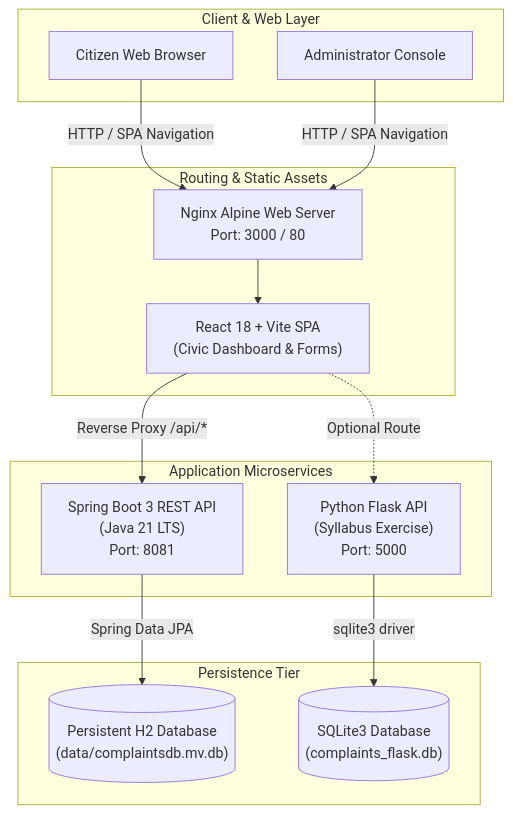
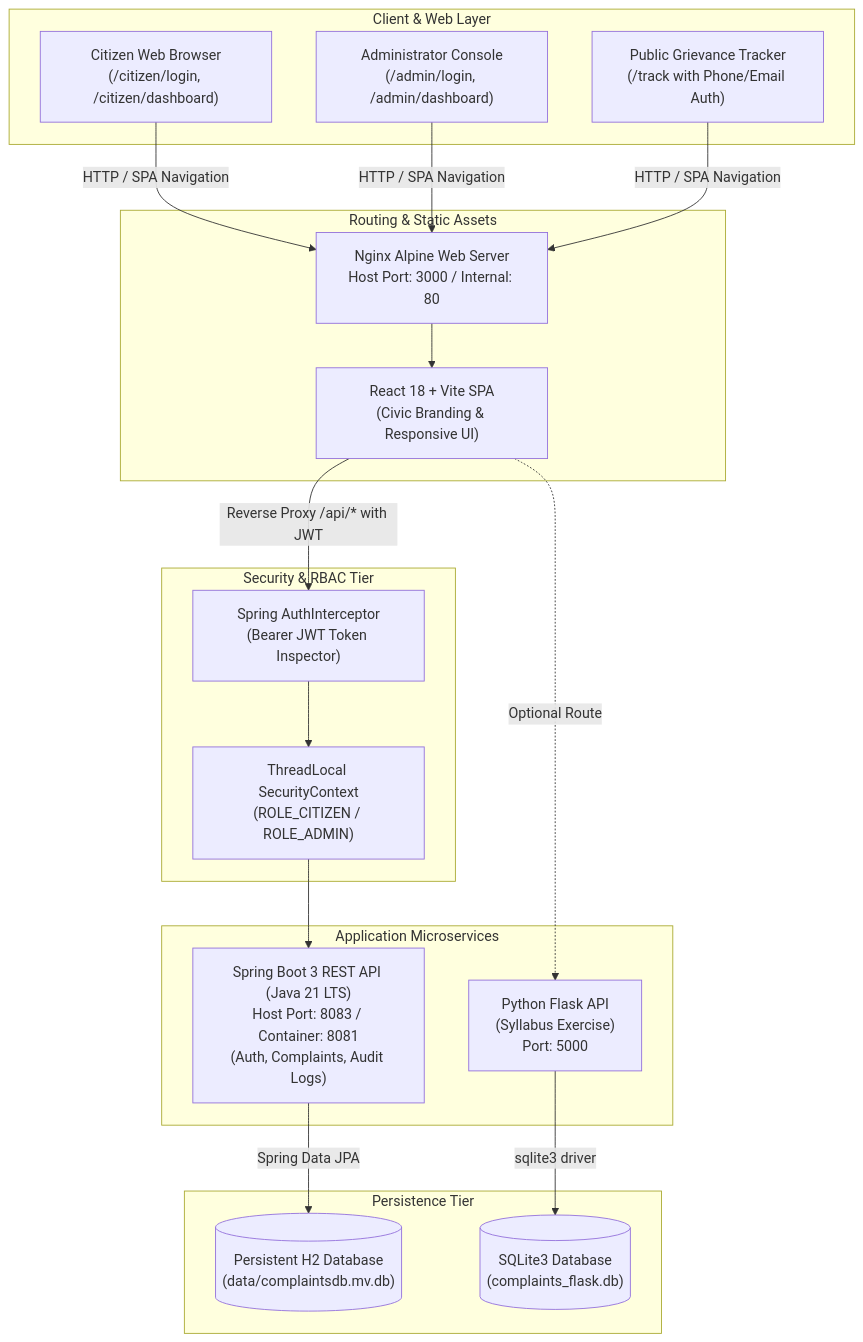
The first of 2 diagrams in docs/LAB_RECORD.md (BHUVANESWARIANDRA/Citizen_Complaint_Portal), drawn with Mermaid before and after one commit. The commit also changed other lines of this file and 82 other files, not shown here.

````diff
--- a/docs/LAB_RECORD.md
+++ b/docs/LAB_RECORD.md
@@ -62,31 +62,40 @@
 ```mermaid
 graph TD
     subgraph ClientLayer["Client & Web Layer"]
-        CitizenBrowser["Citizen Web Browser"]
-        AdminBrowser["Administrator Console"]
+        CitizenBrowser["Citizen Web Browser<br/>(/citizen/login, /citizen/dashboard)"]
+        AdminBrowser["Administrator Console<br/>(/admin/login, /admin/dashboard)"]
+        TrackBrowser["Public Grievance Tracker<br/>(/track with Phone/Email Auth)"]
     end
 
     subgraph IngressLayer["Routing & Static Assets"]
-        NginxServer["Nginx Alpine Web Server<br/>Port: 3000 / 80"]
-        ReactSPA["React 18 + Vite SPA<br/>(Civic Dashboard & Forms)"]
+        NginxServer["Nginx Alpine Web Server<br/>Host Port: 3000 / Internal: 80"]
+        ReactSPA["React 18 + Vite SPA<br/>(Civic Branding & Responsive UI)"]
+    end
+
+    subgraph SecurityLayer["Security & RBAC Tier"]
+        AuthInterceptor["Spring AuthInterceptor<br/>(Bearer JWT Token Inspector)"]
+        SecContext["ThreadLocal SecurityContext<br/>(ROLE_CITIZEN / ROLE_ADMIN)"]
     end
 
     subgraph ServiceLayer["Application Microservices"]
-        SpringBootAPI["Spring Boot 3 REST API<br/>(Java 21 LTS)<br/>Port: 8081"]
+        SpringBootAPI["Spring Boot 3 REST API (Java 21 LTS)<br/>Host Port: 8083 / Container: 8081<br/>(Auth, Complaints, Audit Logs)"]
         FlaskMicroservice["Python Flask API<br/>(Syllabus Exercise)<br/>Port: 5000"]
     end
 
     subgraph StorageLayer["Persistence Tier"]
         H2Storage[("Persistent H2 Database<br/>(data/complaintsdb.mv.db)")]
         SQLiteStorage[("SQLite3 Database<br/>(complaints_flask.db)")]
     end
 
     CitizenBrowser -->|HTTP / SPA Navigation| NginxServer
     AdminBrowser -->|HTTP / SPA Navigation| NginxServer
+    TrackBrowser -->|HTTP / SPA Navigation| NginxServer
     NginxServer --> ReactSPA
-    ReactSPA -->|Reverse Proxy /api/*| SpringBootAPI
+    ReactSPA -->|Reverse Proxy /api/* with JWT| AuthInterceptor
+    AuthInterceptor --> SecContext
+    SecContext --> SpringBootAPI
     ReactSPA -.->|Optional Route| FlaskMicroservice
 
     SpringBootAPI -->|Spring Data JPA| H2Storage
     FlaskMicroservice -->|sqlite3 driver| SQLiteStorage
 ```
````
